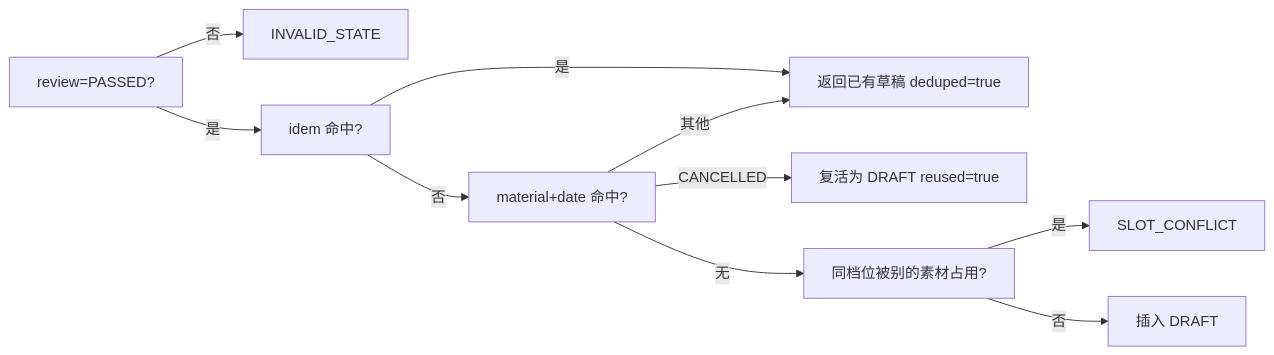
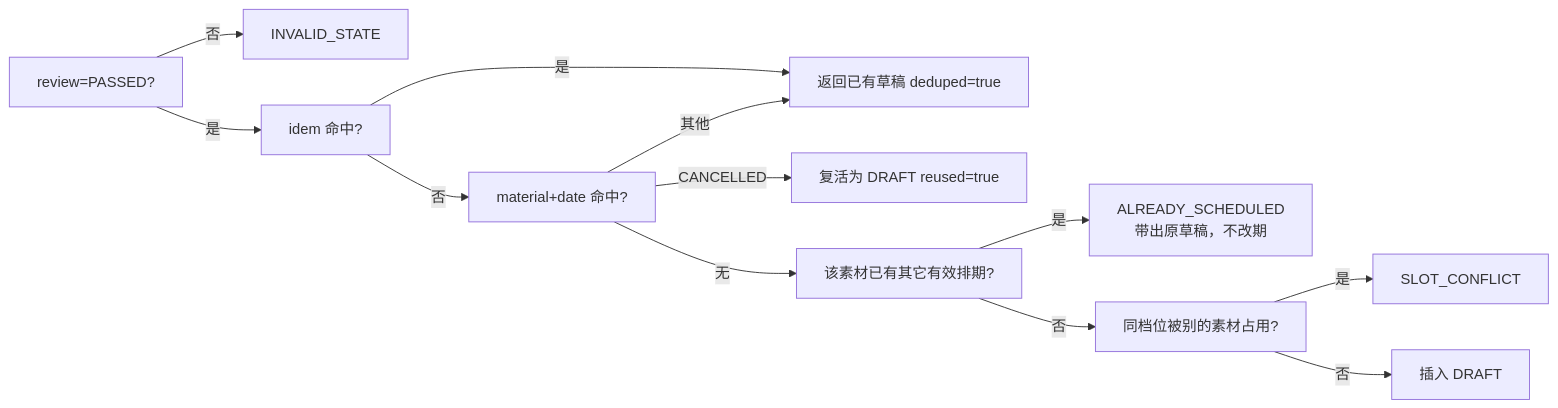
Before and after one commit to Jerry-qianmu/agent-campus-submission: the second of 2 diagrams in docs/06-implementation.md, drawn with Mermaid. The commit also changed other lines of this file and 34 other files, not shown here.

````diff
--- a/docs/06-implementation.md
+++ b/docs/06-implementation.md
@@ -270,12 +270,14 @@
 ```mermaid
 flowchart LR
   A[review=PASSED?] -->|否| X[INVALID_STATE]
   A -->|是| B[idem 命中?]
   B -->|是| Y[返回已有草稿 deduped=true]
   B -->|否| C[material+date 命中?]
   C -->|CANCELLED| Z[复活为 DRAFT reused=true]
   C -->|其他| Y
-  C -->|无| D[同档位被别的素材占用?]
+  C -->|无| C2[该素材已有其它有效排期?]
+  C2 -->|是| X2[ALREADY_SCHEDULED<br/>带出原草稿，不改期]
+  C2 -->|否| D[同档位被别的素材占用?]
   D -->|是| W[SLOT_CONFLICT]
   D -->|否| V[插入 DRAFT]
 ```
````
